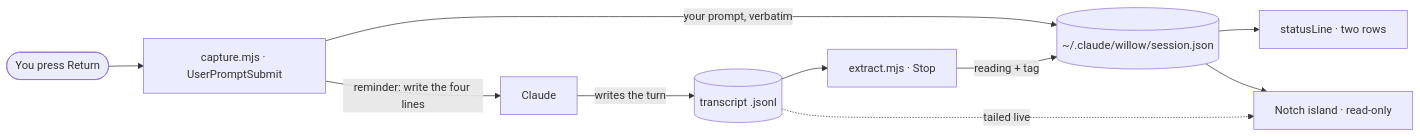
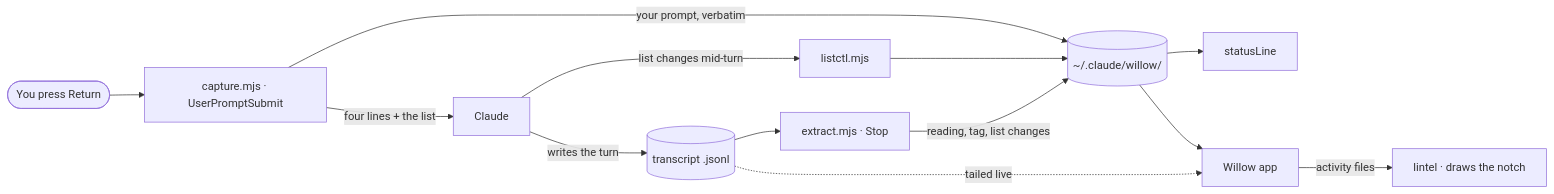
One commit to yha9806/wishing-willow changed the diagram in README.md. Above: the diagram before and after it, drawn with Mermaid. The commit also changed other lines of this file and 1 other file, not shown here.

First line of the commit message:
README (English and Chinese) for the lintel edition: three-part install, the notch in five states, the conversation's list, five design decisions

````diff
--- a/README.md
+++ b/README.md
@@ -262,12 +148,14 @@
 ```mermaid
 flowchart LR
   you(["You press Return"]) --> capture["capture.mjs · UserPromptSubmit"]
-  capture -- "your prompt, verbatim" --> state[("~/.claude/willow/session.json")]
-  capture -- "reminder: write the four lines" --> claude["Claude"]
+  capture -- "your prompt, verbatim" --> state[("~/.claude/willow/")]
+  capture -- "four lines + the list" --> claude["Claude"]
   claude -- "writes the turn" --> transcript[("transcript .jsonl")]
+  claude -- "list changes mid-turn" --> listctl["listctl.mjs"] --> state
   transcript --> extract["extract.mjs · Stop"]
-  extract -- "reading + tag" --> state
-  state --> statusline["statusLine · two rows"]
-  state --> island["Notch island · read-only"]
-  transcript -. "tailed live" .-> island
+  extract -- "reading, tag, list changes" --> state
+  state --> statusline["statusLine"]
+  state --> app["Willow app"]
+  transcript -. "tailed live" .-> app
+  app -- "activity files" --> lintel["lintel · draws the notch"]
 ```
````
